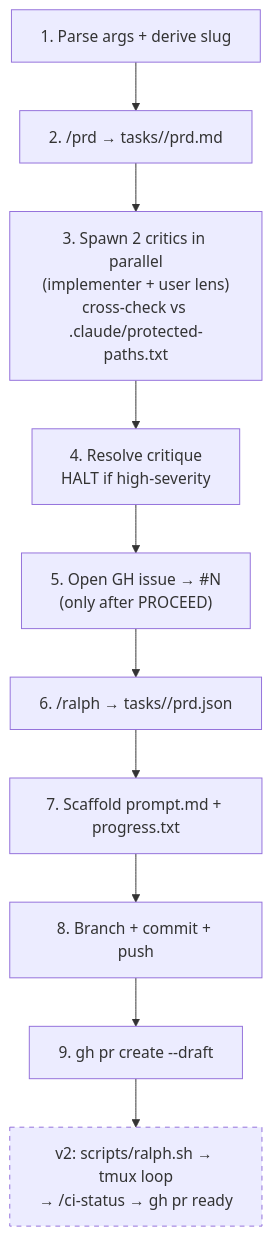
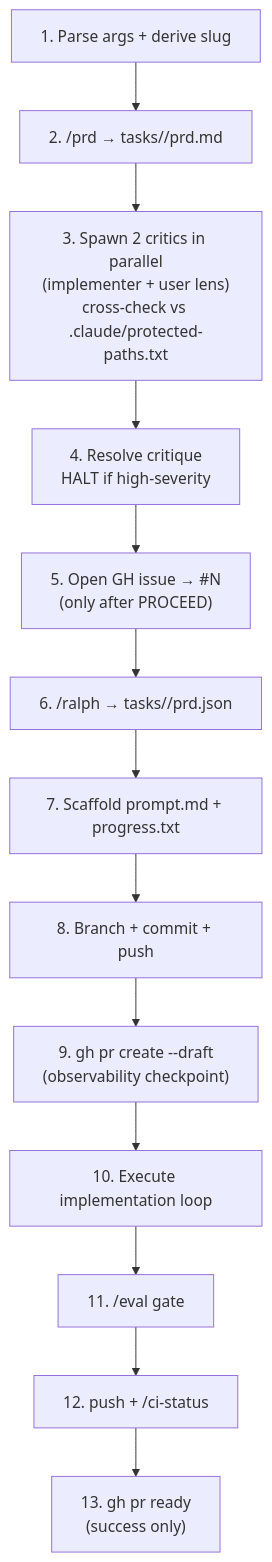
Before and after one commit to mifunedev/openharness: the diagram in .claude/skills/ship-spec/SKILL.md, drawn with Mermaid. The commit also changed other lines of this file and 9 other files, not shown here.

````diff
--- a/.claude/skills/ship-spec/SKILL.md
+++ b/.claude/skills/ship-spec/SKILL.md
@@ -21,14 +22,15 @@
 ```mermaid
 flowchart TD
     A["1. Parse args + derive slug"] --> B["2. /prd → tasks/<slug>/prd.md"]
     B --> D["3. Spawn 2 critics in parallel<br/>(implementer + user lens)<br/>cross-check vs .claude/protected-paths.txt"]
     D --> E["4. Resolve critique<br/>HALT if high-severity"]
     E --> C["5. Open GH issue → #N<br/>(only after PROCEED)"]
     C --> F["6. /ralph → tasks/<slug>/prd.json"]
     F --> G["7. Scaffold prompt.md + progress.txt"]
     G --> H["8. Branch + commit + push"]
-    H --> I["9. gh pr create --draft"]
-    I --> J["v2: scripts/ralph.sh → tmux loop<br/>→ /ci-status → gh pr ready"]
-
-    style J stroke-dasharray: 5 5
+    H --> I["9. gh pr create --draft<br/>(observability checkpoint)"]
+    I --> J["10. Execute implementation loop"]
+    J --> K["11. /eval gate"]
+    K --> L["12. push + /ci-status"]
+    L --> M["13. gh pr ready<br/>(success only)"]
 ```
````
